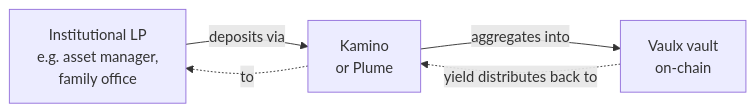
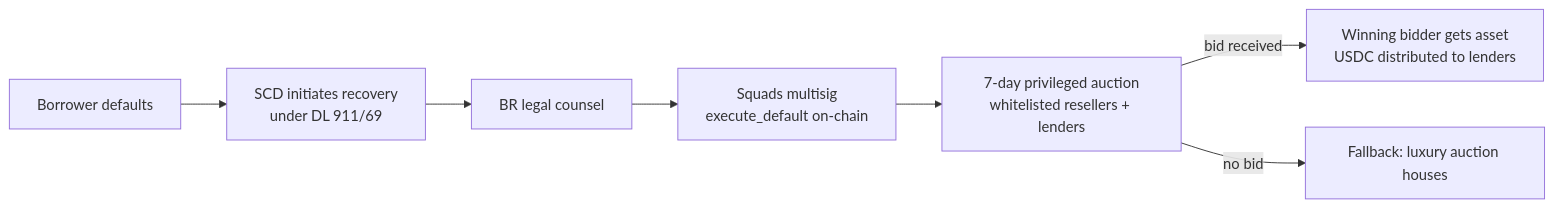
The fourth of 4 diagrams in docs/architecture/2026-04-29-vaulx-business-flow-and-partners.md (Vaulxfi/vaulx-protocol), drawn with Mermaid before and after one commit. The commit also changed other lines of this file, not shown here.

First line of the commit message:
docs(business-flow): simplify + remove made-up partner names

````diff
--- a/docs/architecture/2026-04-29-vaulx-business-flow-and-partners.md
+++ b/docs/architecture/2026-04-29-vaulx-business-flow-and-partners.md
@@ -276,11 +221,9 @@
 ```mermaid
 flowchart LR
-    INST[Institutional LP<br/>e.g. asset manager,<br/>family office]
-    KAM[Kamino<br/>or Plume]
-    VAULT[Vaulx vault<br/>on-chain]
-
-    INST -->|deposits via| KAM
-    KAM -->|aggregates into| VAULT
-    VAULT -.->|yield distributes back to| KAM
-    KAM -.->|to| INST
+    DEFAULT[Borrower defaults] --> SCD[SCD initiates recovery<br/>under DL 911/69]
+    SCD --> LEGAL[BR legal counsel]
+    LEGAL --> EXEC[Squads multisig<br/>execute_default on-chain]
+    EXEC --> AUC[7-day privileged auction<br/>whitelisted resellers + lenders]
+    AUC -->|bid received| WIN[Winning bidder gets asset<br/>USDC distributed to lenders]
+    AUC -->|no bid| FALLBACK[Fallback: luxury auction houses]
 ```
````
